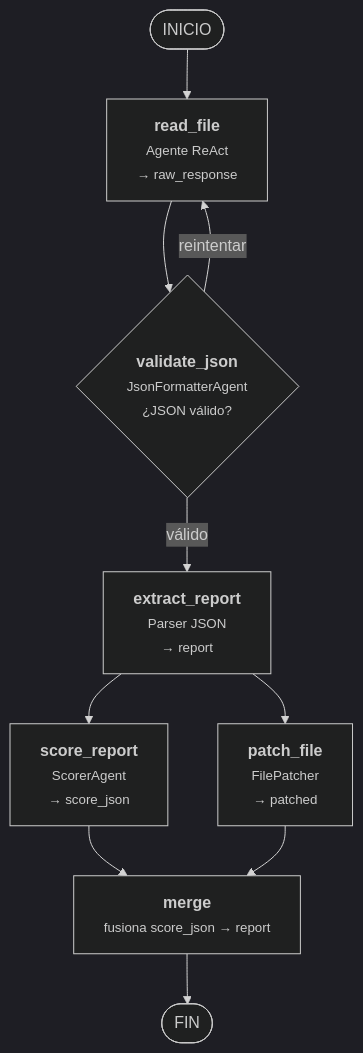
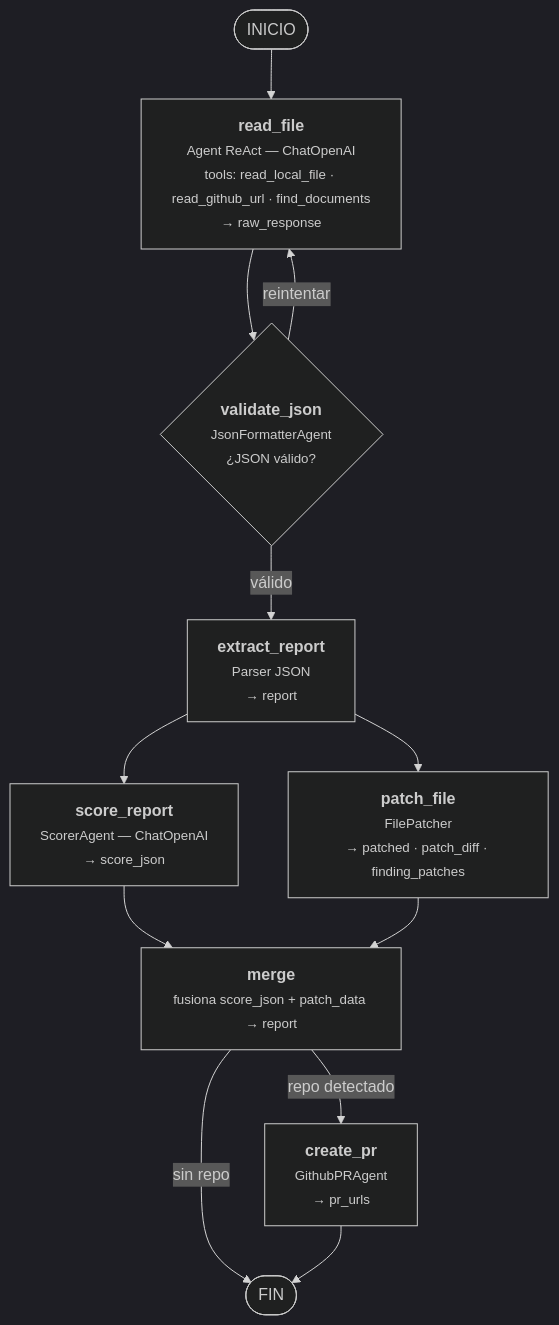
Before and after one commit to Aeacosta/LangChain101: the first of 9 diagrams in Diagrams_V2.md, drawn with Mermaid (dark theme). The commit also changed other lines of this file and 16 other files, not shown here.

````diff
--- a/Diagrams_V2.md
+++ b/Diagrams_V2.md
@@ -9,21 +9,24 @@
 ```mermaid
 flowchart TD
     START([INICIO])
-    read_file["<b>read_file</b><br/><small>Agente ReAct</small><br/><small>→ raw_response</small>"]
+    read_file["<b>read_file</b><br/><small>Agent ReAct — ChatOpenAI</small><br/><small>tools: read_local_file · read_github_url · find_documents</small><br/><small>→ raw_response</small>"]
     validate_json{"<b>validate_json</b><br/><small>JsonFormatterAgent</small><br/><small>¿JSON válido?</small>"}
     extract_report["<b>extract_report</b><br/><small>Parser JSON</small><br/><small>→ report</small>"]
-    score_report["<b>score_report</b><br/><small>ScorerAgent</small><br/><small>→ score_json</small>"]
-    patch_file["<b>patch_file</b><br/><small>FilePatcher</small><br/><small>→ patched</small>"]
-    merge["<b>merge</b><br/><small>fusiona score_json → report</small>"]
+    score_report["<b>score_report</b><br/><small>ScorerAgent — ChatOpenAI</small><br/><small>→ score_json</small>"]
+    patch_file["<b>patch_file</b><br/><small>FilePatcher</small><br/><small>→ patched · patch_diff · finding_patches</small>"]
+    merge["<b>merge</b><br/><small>fusiona score_json + patch_data → report</small>"]
+    create_pr["<b>create_pr</b><br/><small>GithubPRAgent</small><br/><small>→ pr_urls</small>"]
     END([FIN])
 
     START --> read_file
     read_file --> validate_json
     validate_json -- válido --> extract_report
     validate_json -- reintentar --> read_file
     extract_report --> score_report
     extract_report --> patch_file
     score_report --> merge
     patch_file --> merge
-    merge --> END
+    merge -- repo detectado --> create_pr
+    merge -- sin repo --> END
+    create_pr --> END
 ```
````
